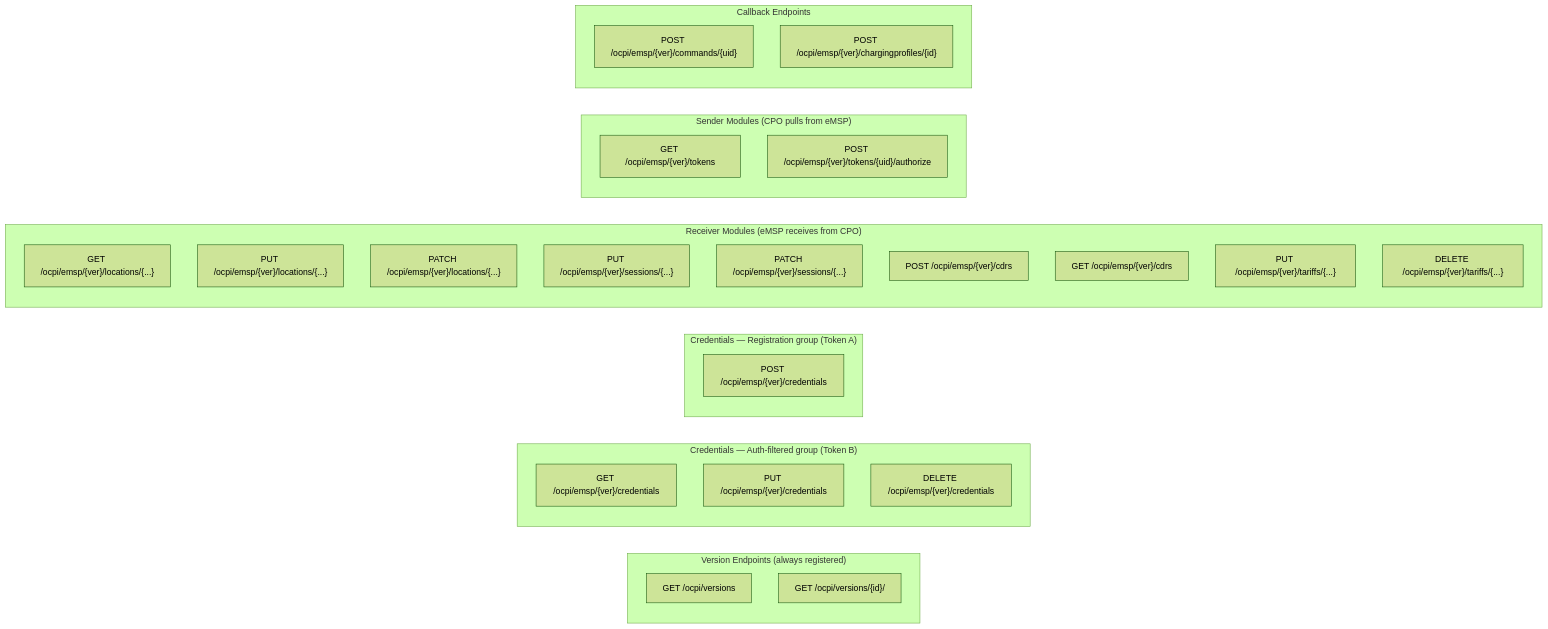
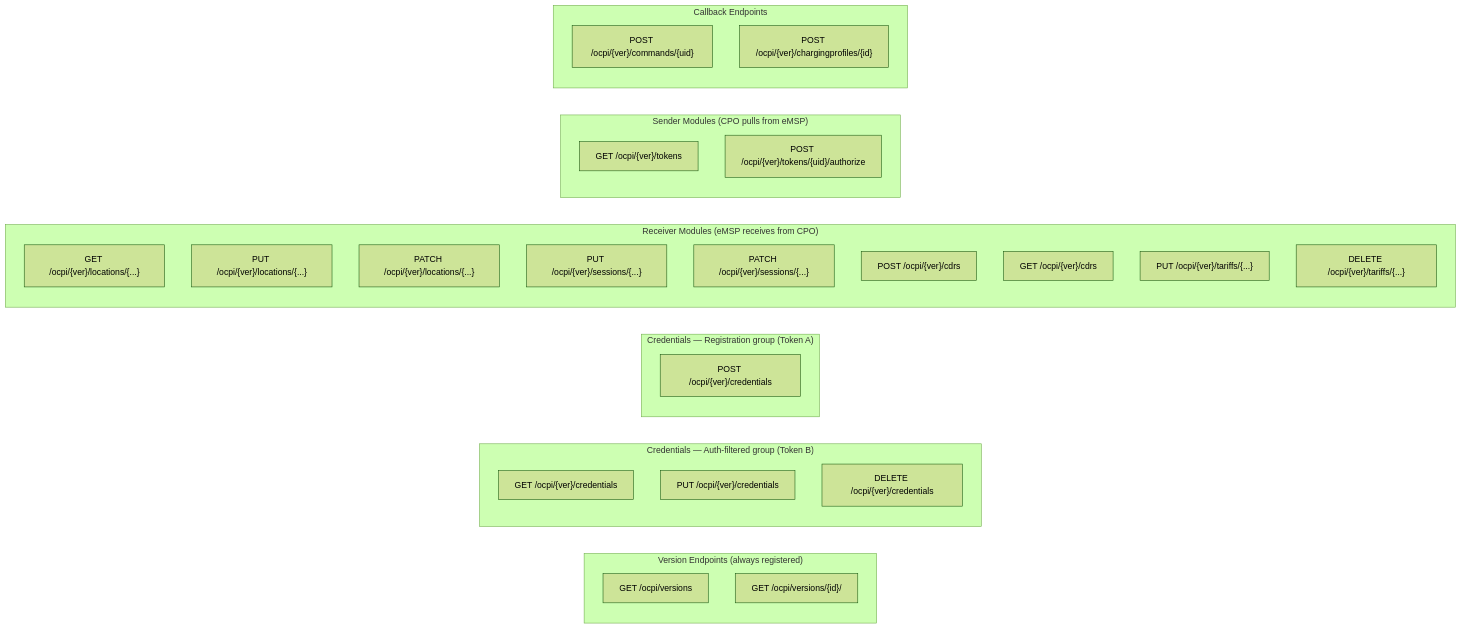
One commit to hannan-m/DotOcpi changed the eighth of 34 diagrams in docs/architecture.md. Above: the diagram before and after it, drawn with Mermaid (forest theme). The commit also changed 8 other files, not shown here.

````diff
--- a/docs/architecture.md
+++ b/docs/architecture.md
@@ -292,39 +292,39 @@
 ```mermaid
 graph LR
     subgraph "Version Endpoints (always registered)"
         V1["GET /ocpi/versions"]
         V2["GET /ocpi/versions/{id}/"]
     end
 
     subgraph "Credentials — Auth-filtered group (Token B)"
-        C1["GET /ocpi/emsp/{ver}/credentials"]
-        C3["PUT /ocpi/emsp/{ver}/credentials"]
-        C4["DELETE /ocpi/emsp/{ver}/credentials"]
+        C1["GET /ocpi/{ver}/credentials"]
+        C3["PUT /ocpi/{ver}/credentials"]
+        C4["DELETE /ocpi/{ver}/credentials"]
     end
 
     subgraph "Credentials — Registration group (Token A)"
-        C2["POST /ocpi/emsp/{ver}/credentials"]
+        C2["POST /ocpi/{ver}/credentials"]
     end
 
     subgraph "Receiver Modules (eMSP receives from CPO)"
-        L1["GET /ocpi/emsp/{ver}/locations/{...}"]
-        L2["PUT /ocpi/emsp/{ver}/locations/{...}"]
-        L3["PATCH /ocpi/emsp/{ver}/locations/{...}"]
-        S1["PUT /ocpi/emsp/{ver}/sessions/{...}"]
-        S2["PATCH /ocpi/emsp/{ver}/sessions/{...}"]
-        CDR1["POST /ocpi/emsp/{ver}/cdrs"]
-        CDR2["GET /ocpi/emsp/{ver}/cdrs"]
-        T1["PUT /ocpi/emsp/{ver}/tariffs/{...}"]
-        T2["DELETE /ocpi/emsp/{ver}/tariffs/{...}"]
+        L1["GET /ocpi/{ver}/locations/{...}"]
+        L2["PUT /ocpi/{ver}/locations/{...}"]
+        L3["PATCH /ocpi/{ver}/locations/{...}"]
+        S1["PUT /ocpi/{ver}/sessions/{...}"]
+        S2["PATCH /ocpi/{ver}/sessions/{...}"]
+        CDR1["POST /ocpi/{ver}/cdrs"]
+        CDR2["GET /ocpi/{ver}/cdrs"]
+        T1["PUT /ocpi/{ver}/tariffs/{...}"]
+        T2["DELETE /ocpi/{ver}/tariffs/{...}"]
     end
 
     subgraph "Sender Modules (CPO pulls from eMSP)"
-        TK1["GET /ocpi/emsp/{ver}/tokens"]
-        TK2["POST /ocpi/emsp/{ver}/tokens/{uid}/authorize"]
+        TK1["GET /ocpi/{ver}/tokens"]
+        TK2["POST /ocpi/{ver}/tokens/{uid}/authorize"]
     end
 
     subgraph "Callback Endpoints"
-        CMD1["POST /ocpi/emsp/{ver}/commands/{uid}"]
-        CP1["POST /ocpi/emsp/{ver}/chargingprofiles/{id}"]
+        CMD1["POST /ocpi/{ver}/commands/{uid}"]
+        CP1["POST /ocpi/{ver}/chargingprofiles/{id}"]
     end
 ```
````
